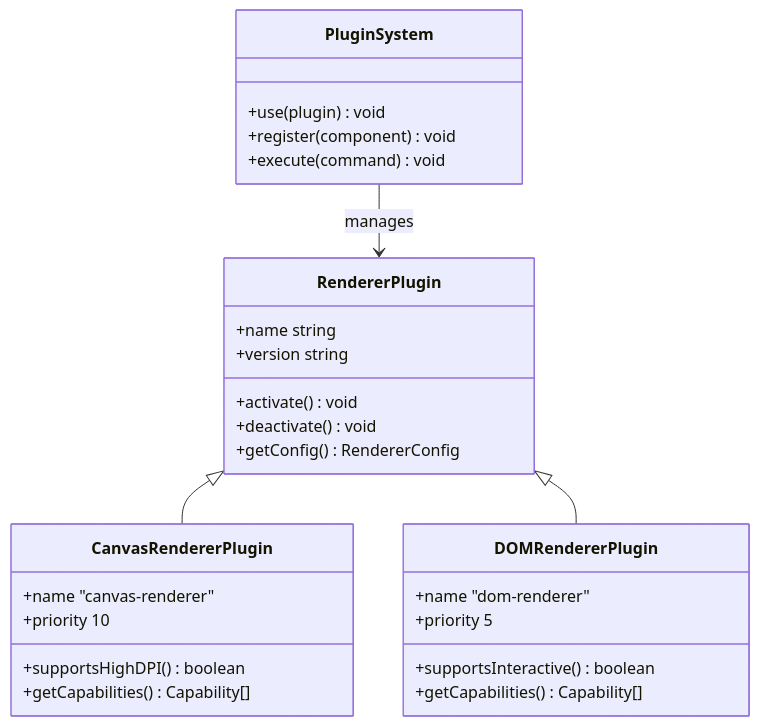
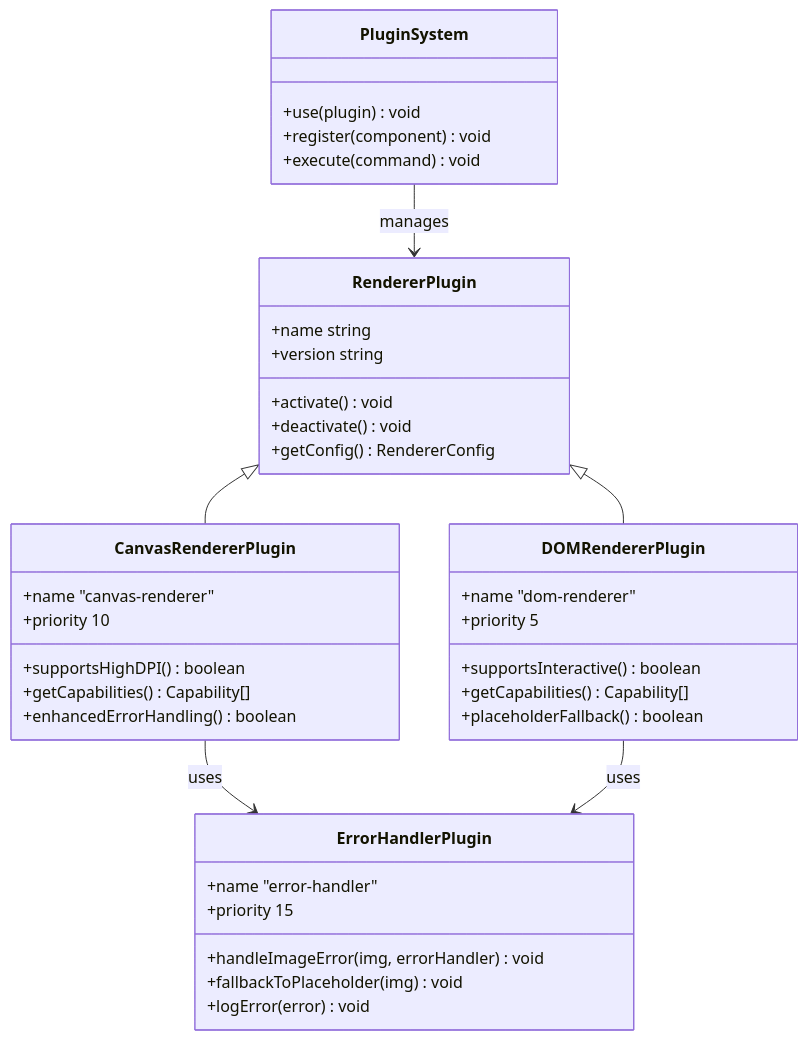
The seventh of 7 diagrams in .qoder/repowiki/en/content/Rendering System/Canvas Renderer Integration Plans.md (Anna0314zy/ai_editor_enginer), drawn with Mermaid before and after one commit. The commit also changed other lines of this file and 44 other files, not shown here.

````diff
--- a/.qoder/repowiki/en/content/Rendering System/Canvas Renderer Integration Plans.md
+++ b/.qoder/repowiki/en/content/Rendering System/Canvas Renderer Integration Plans.md
@@ -378,30 +506,41 @@
 ```mermaid
 classDiagram
 class PluginSystem {
 +use(plugin) void
 +register(component) void
 +execute(command) void
 }
 class RendererPlugin {
 +name string
 +version string
 +activate() void
 +deactivate() void
 +getConfig() RendererConfig
 }
 class CanvasRendererPlugin {
 +name "canvas-renderer"
 +priority 10
 +supportsHighDPI() boolean
 +getCapabilities() Capability[]
++enhancedErrorHandling() boolean
 }
 class DOMRendererPlugin {
 +name "dom-renderer"
 +priority 5
 +supportsInteractive() boolean
 +getCapabilities() Capability[]
++placeholderFallback() boolean
+}
+class ErrorHandlerPlugin {
++name "error-handler"
++priority 15
++handleImageError(img, errorHandler) void
++fallbackToPlaceholder(img) void
++logError(error) void
 }
 PluginSystem --> RendererPlugin : manages
 RendererPlugin <|-- CanvasRendererPlugin
 RendererPlugin <|-- DOMRendererPlugin
+CanvasRendererPlugin --> ErrorHandlerPlugin : uses
+DOMRendererPlugin --> ErrorHandlerPlugin : uses
 ```
````
